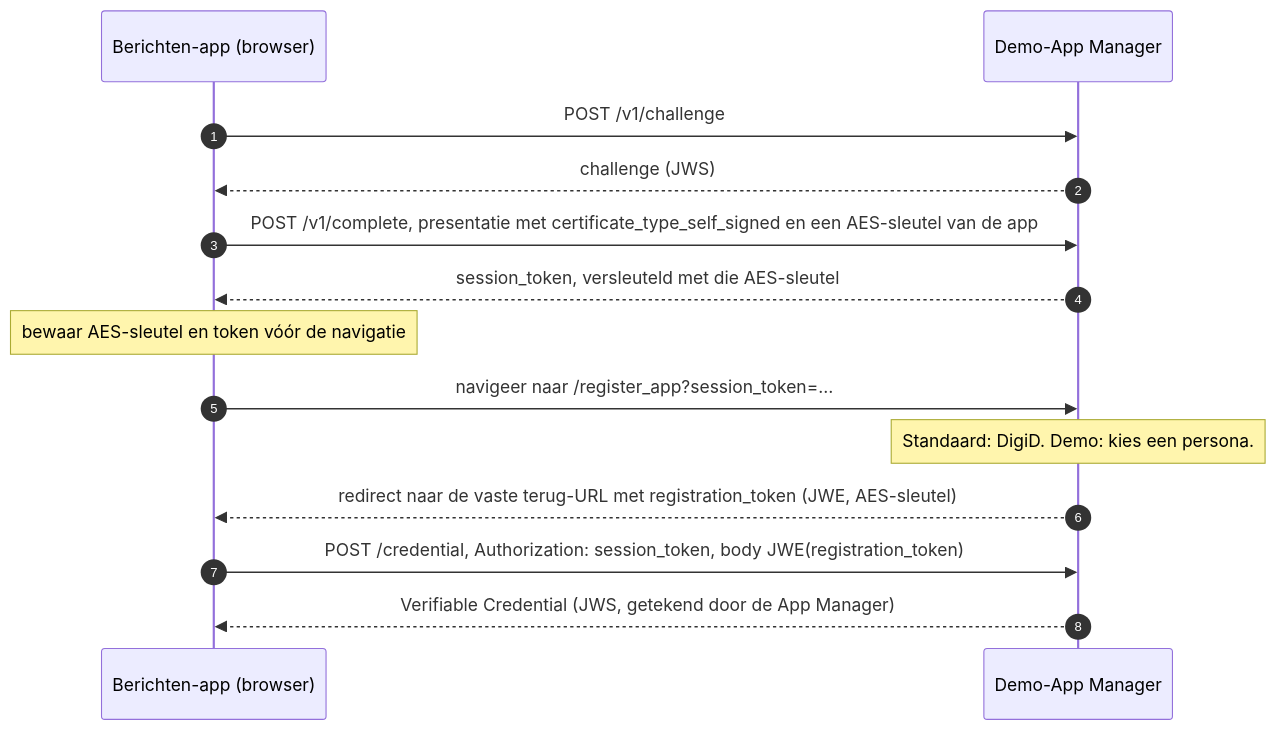
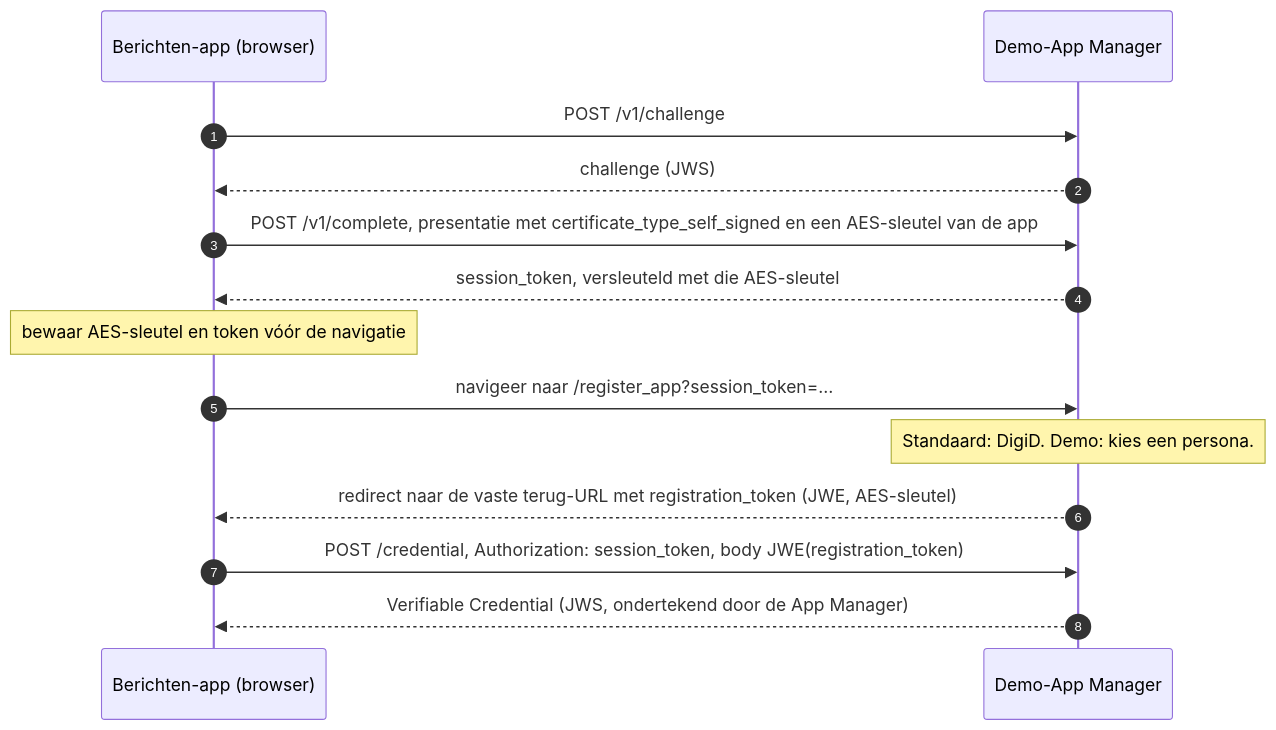
The first of 3 diagrams in docs/plans/2026-10-27-rechtstreeks-ophalen-design.md (MinBZK/moza-poc-fbs-berichtenbox), drawn with Mermaid before and after one commit. The commit also changed other lines of this file and 1 other file, not shown here.

````diff
--- a/docs/plans/2026-10-27-rechtstreeks-ophalen-design.md
+++ b/docs/plans/2026-10-27-rechtstreeks-ophalen-design.md
@@ -66,16 +66,16 @@
 ```mermaid
 sequenceDiagram
     autonumber
     participant App as Berichten-app (browser)
     participant AM as Demo-App Manager
     App->>AM: POST /v1/challenge
     AM-->>App: challenge (JWS)
     App->>AM: POST /v1/complete, presentatie met certificate_type_self_signed en een AES-sleutel van de app
     AM-->>App: session_token, versleuteld met die AES-sleutel
     Note over App: bewaar AES-sleutel en token vóór de navigatie
     App->>AM: navigeer naar /register_app?session_token=…
     Note over AM: Standaard: DigiD. Demo: kies een persona.
     AM-->>App: redirect naar de vaste terug-URL met registration_token (JWE, AES-sleutel)
     App->>AM: POST /credential, Authorization: session_token, body JWE(registration_token)
-    AM-->>App: Verifiable Credential (JWS, getekend door de App Manager)
+    AM-->>App: Verifiable Credential (JWS, ondertekend door de App Manager)
 ```
````
